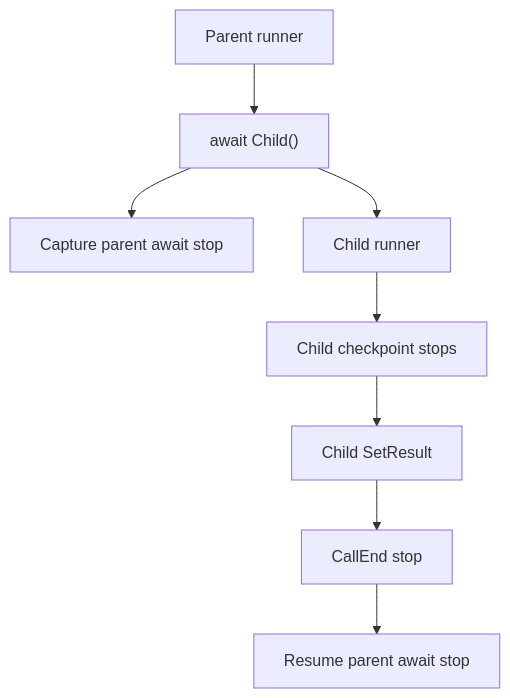
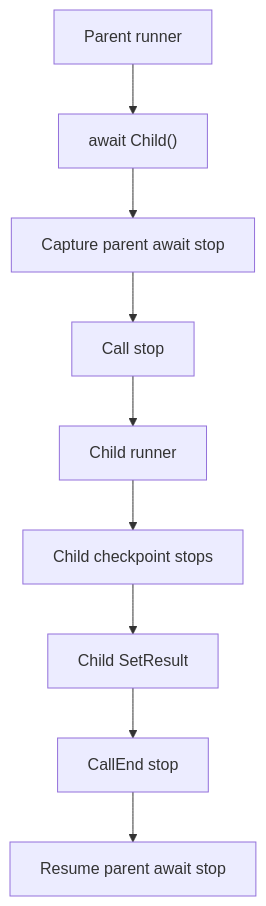
One commit to akeit0/AsyncPlayback changed the eighth of 8 diagrams in docs/minimum-playback-algorithm.md. Above: the diagram before and after it, drawn with Mermaid. The commit also changed other lines of this file and 1 other file, not shown here.

````diff
--- a/docs/minimum-playback-algorithm.md
+++ b/docs/minimum-playback-algorithm.md
@@ -845,15 +888,16 @@
 ```mermaid
 flowchart TD
     Parent["Parent runner"]
     Await["await Child()"]
     ParentStop["Capture parent await stop"]
+    Call["Call stop"]
     Child["Child runner"]
     ChildCheckpoint["Child checkpoint stops"]
     ChildDone["Child SetResult"]
     CallEnd["CallEnd stop"]
     ParentResume["Resume parent await stop"]
 
-    Parent --> Await --> ParentStop
-    Await --> Child --> ChildCheckpoint --> ChildDone
+    Parent --> Await --> ParentStop --> Call
+    Call --> Child --> ChildCheckpoint --> ChildDone
     ChildDone --> CallEnd --> ParentResume
 ```
````
